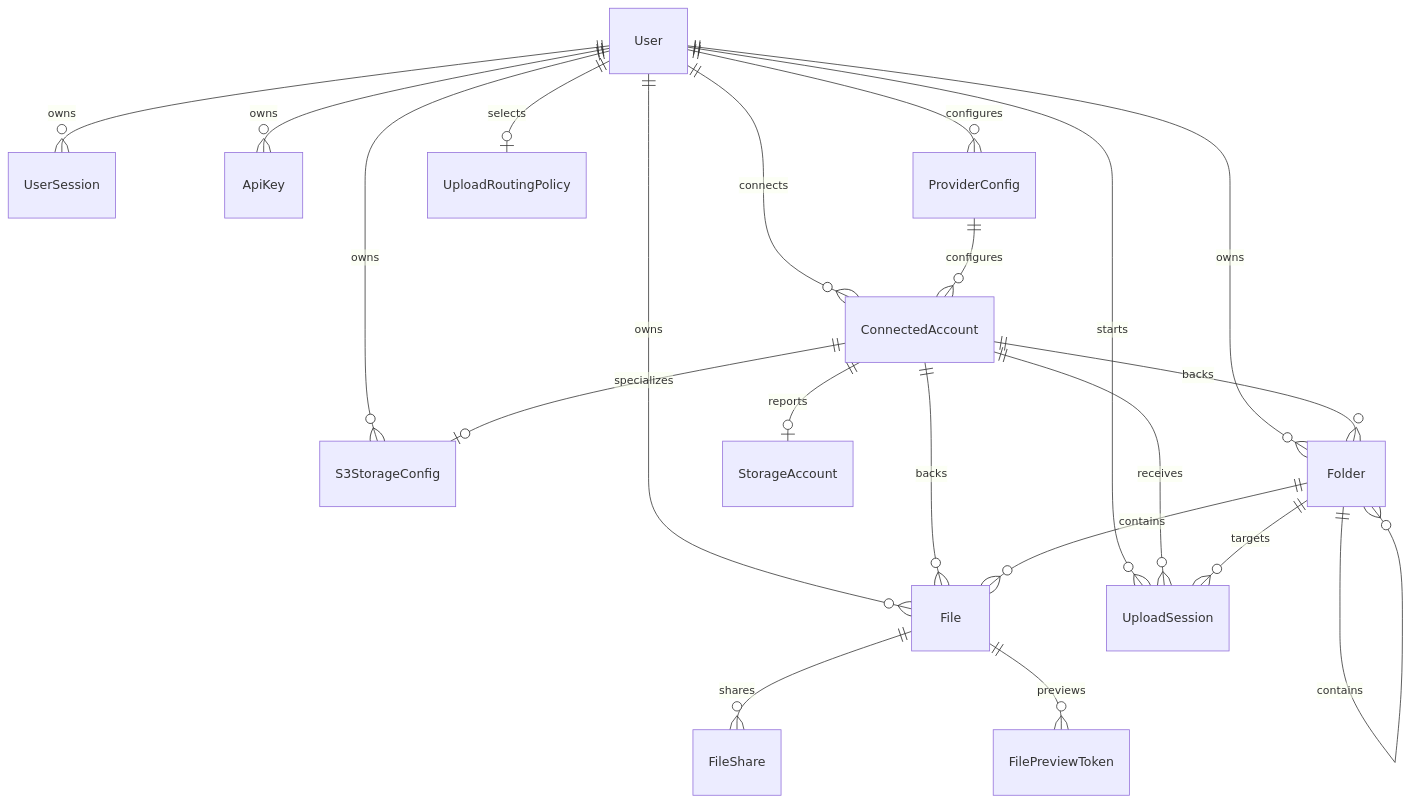
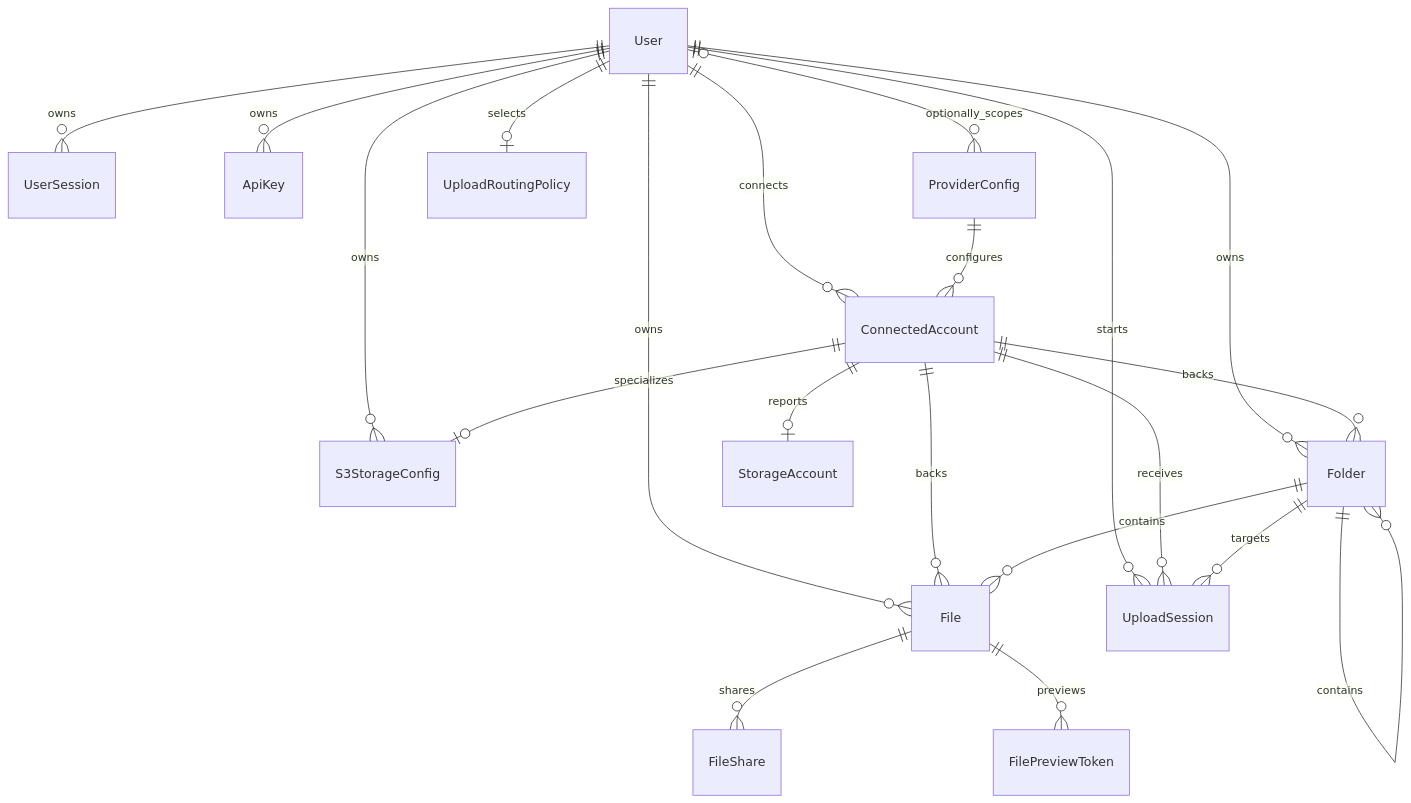
The first of 2 diagrams in docs/product-technical-gap-baseline.md (ContextualWisdomLab/9drive), drawn with Mermaid before and after one commit. The commit also changed other lines of this file, not shown here.

````diff
--- a/docs/product-technical-gap-baseline.md
+++ b/docs/product-technical-gap-baseline.md
@@ -54,26 +55,26 @@
 ```mermaid
 erDiagram
     User ||--o{ UserSession : owns
     User ||--o{ ApiKey : owns
     User ||--o{ ConnectedAccount : connects
-    User ||--o{ ProviderConfig : configures
+    User o|--o{ ProviderConfig : optionally_scopes
     User ||--o{ S3StorageConfig : owns
     User ||--o{ File : owns
     User ||--o{ Folder : owns
     User ||--o{ UploadSession : starts
     User ||--o| UploadRoutingPolicy : selects
 
     ProviderConfig ||--o{ ConnectedAccount : configures
     ConnectedAccount ||--o| StorageAccount : reports
     ConnectedAccount ||--o| S3StorageConfig : specializes
     ConnectedAccount ||--o{ File : backs
     ConnectedAccount ||--o{ Folder : backs
     ConnectedAccount ||--o{ UploadSession : receives
 
     Folder ||--o{ Folder : contains
     Folder ||--o{ File : contains
     Folder ||--o{ UploadSession : targets
 
     File ||--o{ FileShare : shares
     File ||--o{ FilePreviewToken : previews
 ```
````
